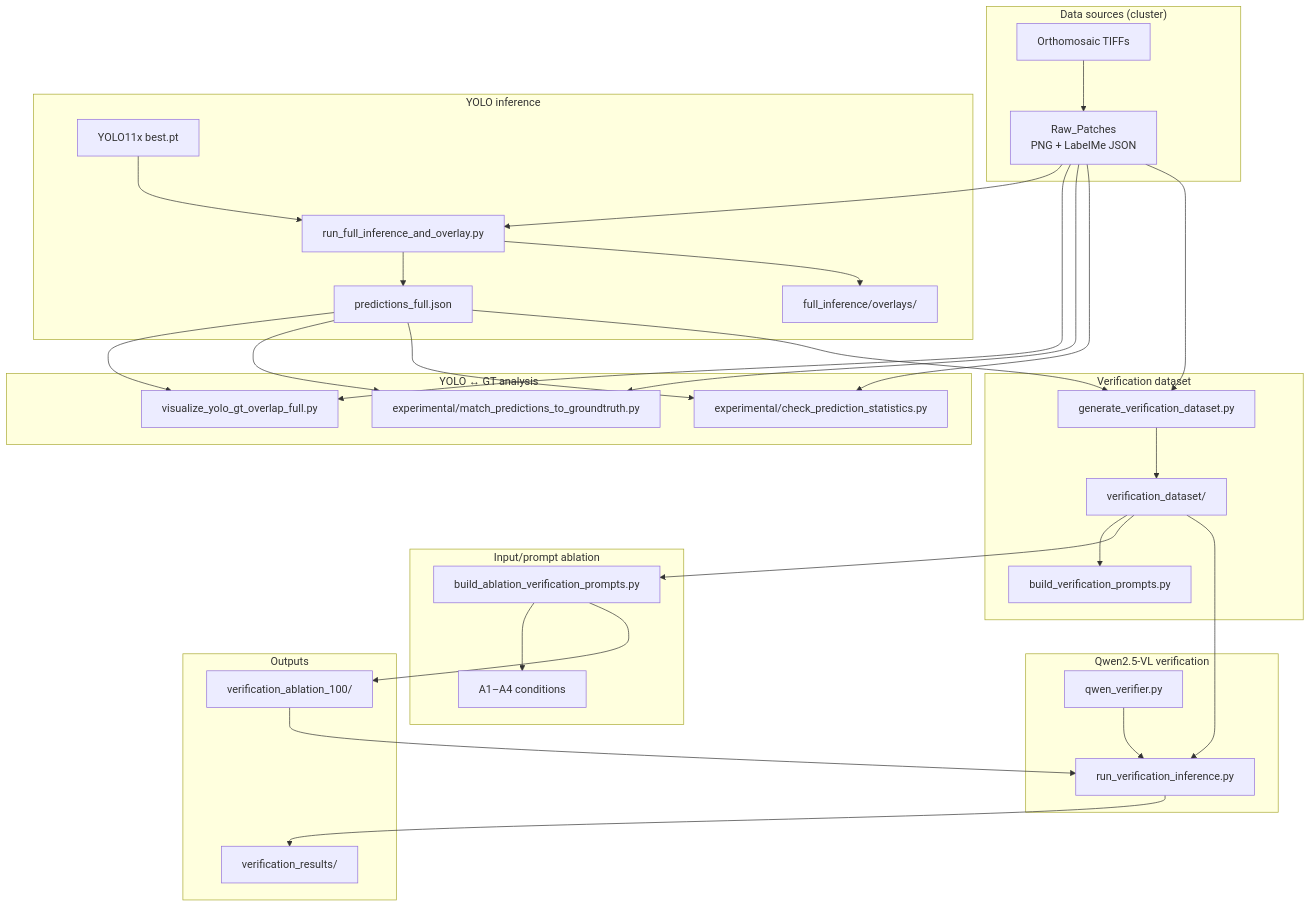
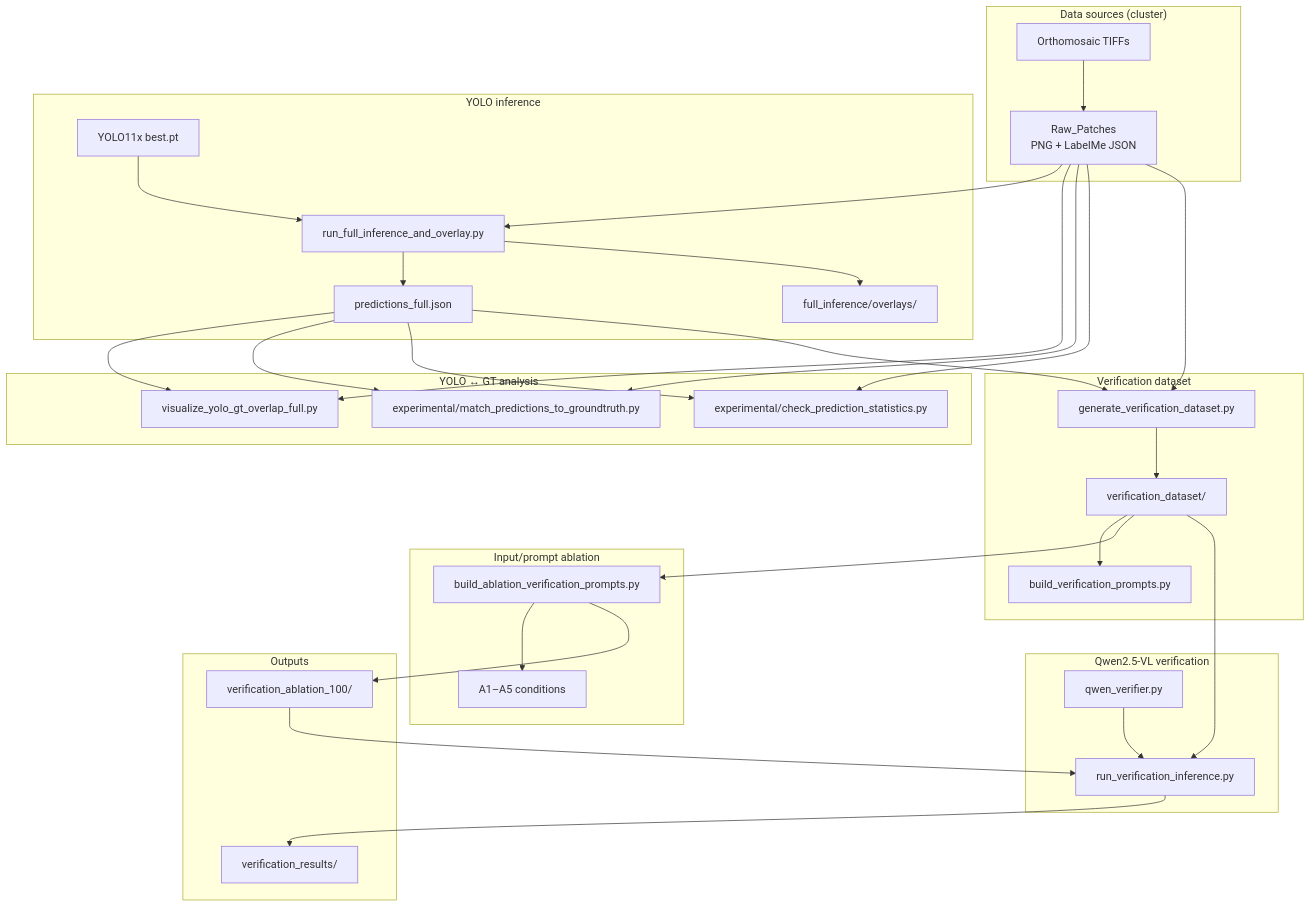
The diagram in README.md (AnnieZX/wild-palm-lvm-verification), drawn with Mermaid before and after one commit. The commit also changed other lines of this file and 5 other files, not shown here.

````diff
--- a/README.md
+++ b/README.md
@@ -36,65 +36,65 @@
 ```mermaid
 flowchart TB
     subgraph Sources["Data sources (cluster)"]
         OM["Orthomosaic TIFFs"]
         RP["Raw_Patches<br/>PNG + LabelMe JSON"]
     end
 
     subgraph YOLO["YOLO inference"]
         YM["YOLO11x best.pt"]
         INF["run_full_inference_and_overlay.py"]
         PJ["predictions_full.json"]
         YOV["full_inference/overlays/"]
     end
 
     subgraph QA["YOLO ↔ GT analysis"]
         OVL["visualize_yolo_gt_overlap_full.py"]
         MAT["experimental/match_predictions_to_groundtruth.py"]
         STA["experimental/check_prediction_statistics.py"]
     end
 
     subgraph Prep["Verification dataset"]
         GEN["generate_verification_dataset.py"]
         PRM["build_verification_prompts.py"]
         VD["verification_dataset/"]
     end
 
     subgraph Abl["Input/prompt ablation"]
         ABLB["build_ablation_verification_prompts.py"]
-        A1["A1–A4 conditions"]
+        A1["A1–A5 conditions"]
     end
 
     subgraph LVM["Qwen2.5-VL verification"]
         QW["qwen_verifier.py"]
         RUN["run_verification_inference.py"]
     end
 
     subgraph Out["Outputs"]
         RES["verification_results/"]
         ABLR["verification_ablation_100/"]
     end
 
     OM --> RP
     RP --> INF
     YM --> INF
     INF --> PJ
     INF --> YOV
     RP --> OVL
     PJ --> OVL
     RP --> MAT
     PJ --> MAT
     RP --> STA
     PJ --> STA
 
     PJ --> GEN
     RP --> GEN
     GEN --> VD
     VD --> PRM
     VD --> ABLB
     ABLB --> A1
     ABLB --> ABLR
     VD --> RUN
     ABLR --> RUN
     QW --> RUN
     RUN --> RES
 ```
````
